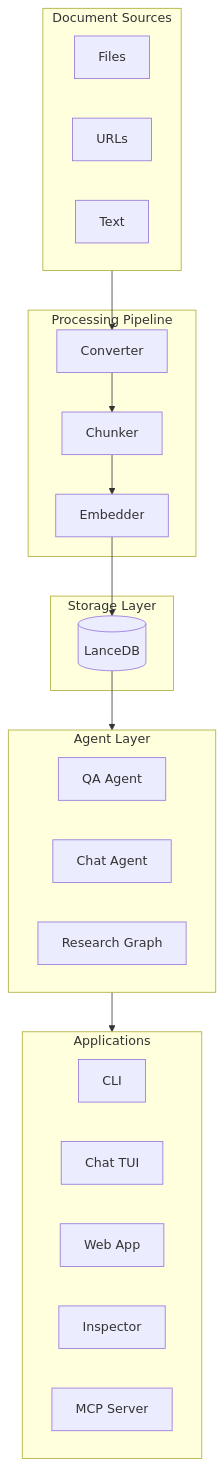
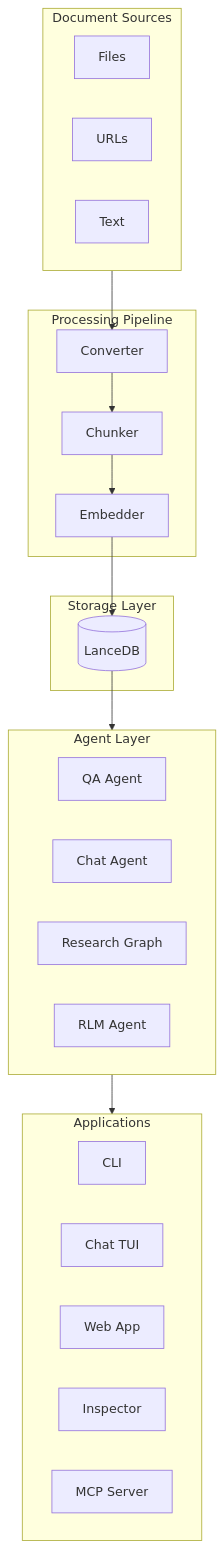
The first of 5 diagrams in docs/architecture.md (ggozad/haiku.rag), drawn with Mermaid before and after one commit. The commit also changed other lines of this file and 10 other files, not shown here.

````diff
--- a/docs/architecture.md
+++ b/docs/architecture.md
@@ -7,40 +7,41 @@
 ```mermaid
 flowchart TB
     subgraph Sources["Document Sources"]
         Files[Files]
         URLs[URLs]
         Text[Text]
     end
 
     subgraph Processing["Processing Pipeline"]
         Converter[Converter]
         Chunker[Chunker]
         Embedder[Embedder]
     end
 
     subgraph Storage["Storage Layer"]
         LanceDB[(LanceDB)]
     end
 
     subgraph Agents["Agent Layer"]
         QA[QA Agent]
         Chat[Chat Agent]
         Research[Research Graph]
+        RLM[RLM Agent]
     end
 
     subgraph Apps["Applications"]
         CLI[CLI]
         ChatTUI[Chat TUI]
         WebApp[Web App]
         Inspector[Inspector]
         MCP[MCP Server]
     end
 
     Sources --> Converter
     Converter --> Chunker
     Chunker --> Embedder
     Embedder --> LanceDB
 
     LanceDB --> Agents
     Agents --> Apps
 ```
````
